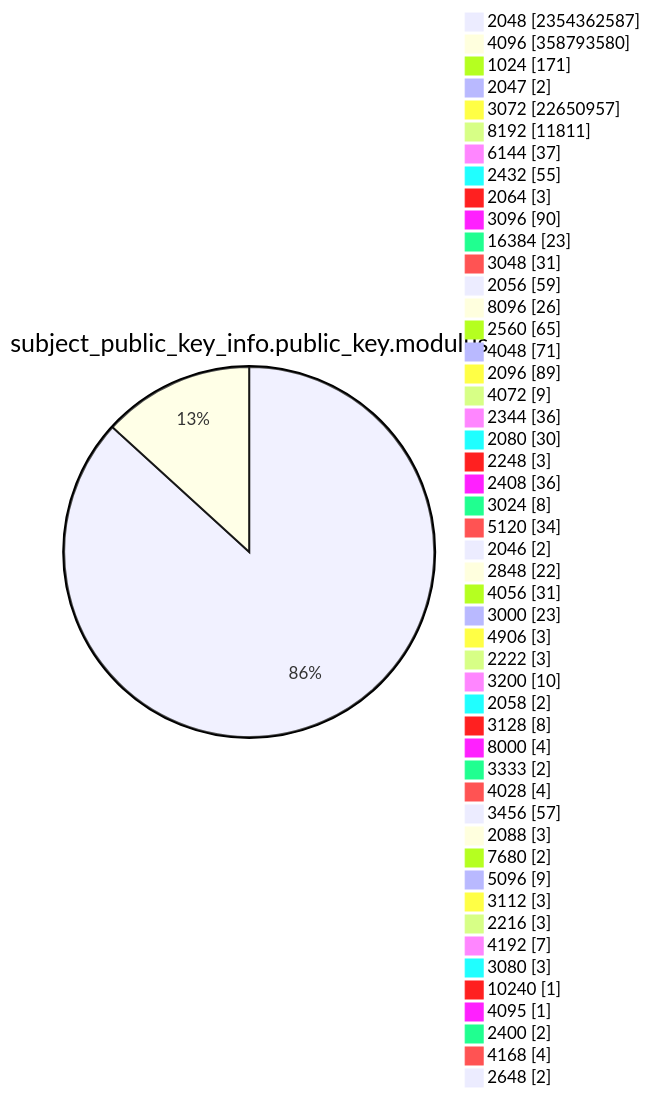
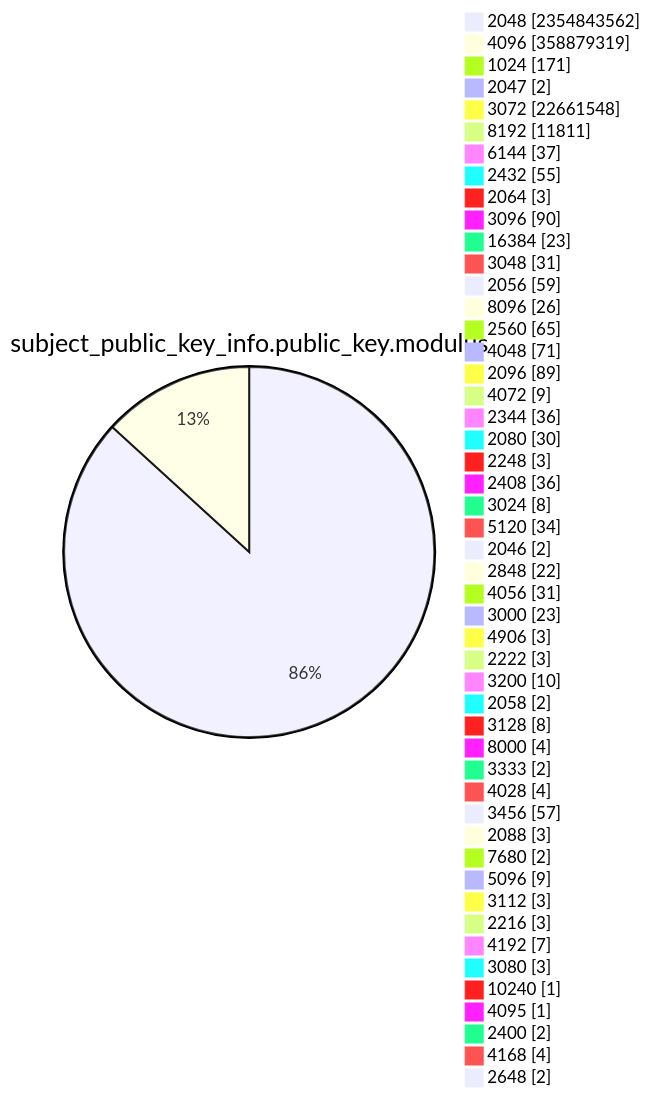
Diagram 13 of 15 in TOTAL/README.md (christiankrug/ctmonitor_visualization), drawn with Mermaid before and after one commit. The commit also changed other lines of this file, not shown here.

````diff
--- a/TOTAL/README.md
+++ b/TOTAL/README.md
@@ -4167,53 +4167,53 @@
 ```mermaid
 pie showData
 title subject_public_key_info.public_key.modulus
-"2048" :2354362587
-"4096" :358793580
+"2048" :2354843562
+"4096" :358879319
 "1024" :171
 "2047" :2
-"3072" :22650957
+"3072" :22661548
 "8192" :11811
 "6144" :37
 "2432" :55
 "2064" :3
 "3096" :90
 "16384" :23
 "3048" :31
 "2056" :59
 "8096" :26
 "2560" :65
 "4048" :71
 "2096" :89
 "4072" :9
 "2344" :36
 "2080" :30
 "2248" :3
 "2408" :36
 "3024" :8
 "5120" :34
 "2046" :2
 "2848" :22
 "4056" :31
 "3000" :23
 "4906" :3
 "2222" :3
 "3200" :10
 "2058" :2
 "3128" :8
 "8000" :4
 "3333" :2
 "4028" :4
 "3456" :57
 "2088" :3
 "7680" :2
 "5096" :9
 "3112" :3
 "2216" :3
 "4192" :7
 "3080" :3
 "10240" :1
 "4095" :1
 "2400" :2
 "4168" :4
 "2648" :2
 ```
````
